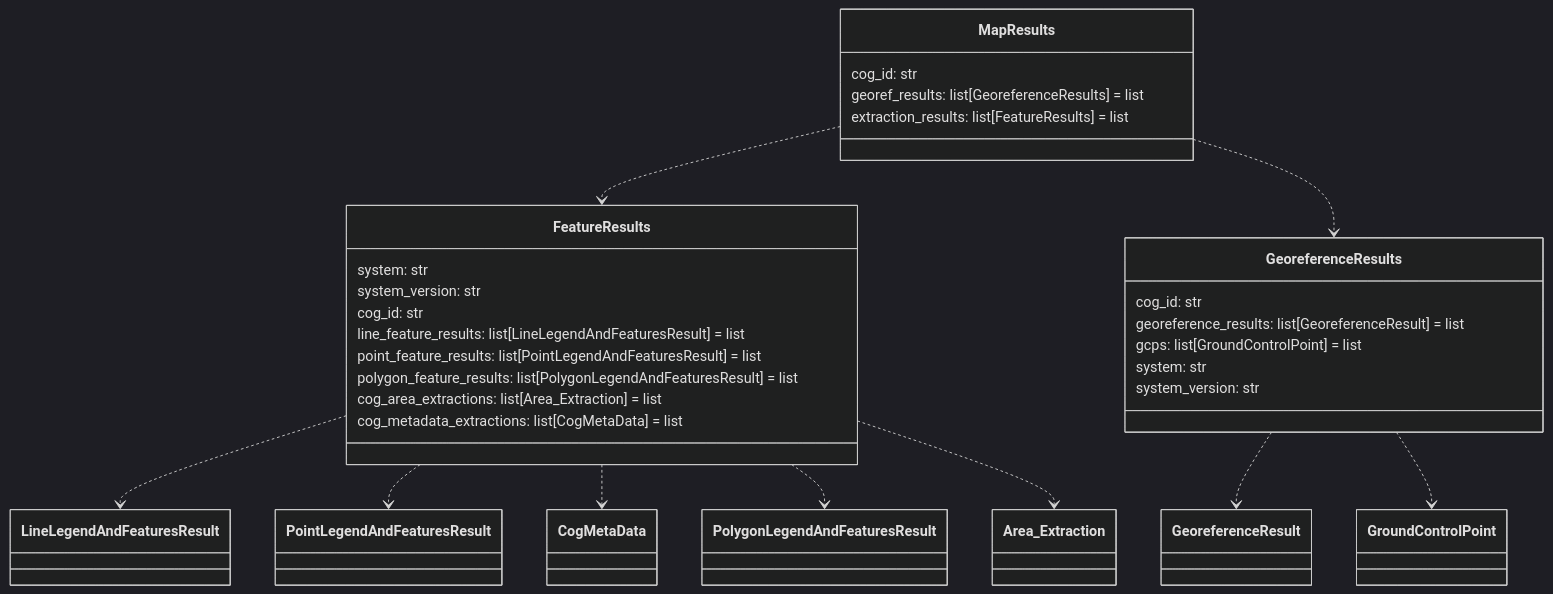
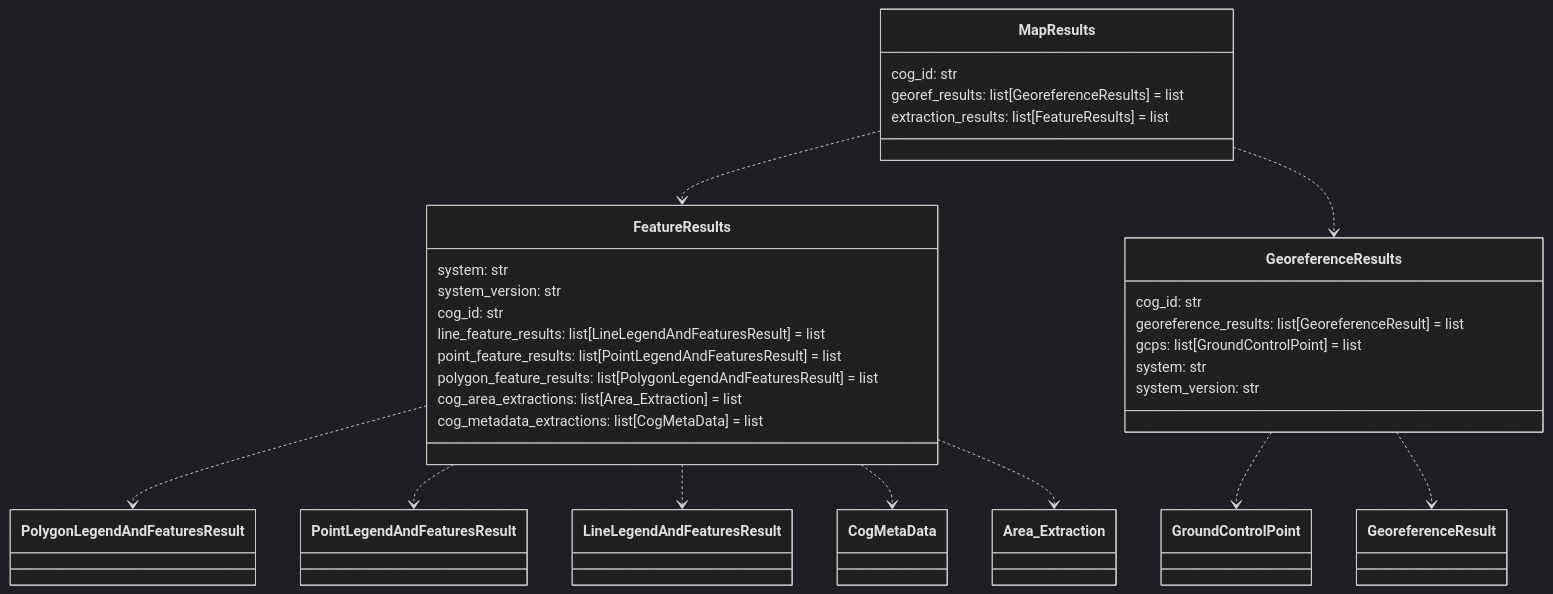
Diagram 11 of 14 in README.md (DARPA-CRITICALMAAS/cdr_schemas), drawn with Mermaid (dark theme) before and after one commit. The commit also changed other lines of this file and 1 other file, not shown here.

````diff
--- a/README.md
+++ b/README.md
@@ -888,40 +895,40 @@
 ```mermaid
 classDiagram
 
     class FeatureResults {
         system: str
         system_version: str
         cog_id: str
         line_feature_results: list[LineLegendAndFeaturesResult] = list
         point_feature_results: list[PointLegendAndFeaturesResult] = list
         polygon_feature_results: list[PolygonLegendAndFeaturesResult] = list
         cog_area_extractions: list[Area_Extraction] = list
         cog_metadata_extractions: list[CogMetaData] = list
     }
 
+    class MapResults {
+        cog_id: str
+        georef_results: list[GeoreferenceResults] = list
+        extraction_results: list[FeatureResults] = list
+    }
+
     class GeoreferenceResults {
         cog_id: str
         georeference_results: list[GeoreferenceResult] = list
         gcps: list[GroundControlPoint] = list
         system: str
         system_version: str
     }
 
-    class MapResults {
-        cog_id: str
-        georef_results: list[GeoreferenceResults] = list
-        extraction_results: list[FeatureResults] = list
-    }
-
+    FeatureResults ..> PolygonLegendAndFeaturesResult
+    FeatureResults ..> PointLegendAndFeaturesResult
     FeatureResults ..> LineLegendAndFeaturesResult
-    FeatureResults ..> PointLegendAndFeaturesResult
     FeatureResults ..> CogMetaData
-    FeatureResults ..> PolygonLegendAndFeaturesResult
     FeatureResults ..> Area_Extraction
+    GeoreferenceResults ..> GroundControlPoint
     GeoreferenceResults ..> GeoreferenceResult
-    GeoreferenceResults ..> GroundControlPoint
     MapResults ..> FeatureResults
     MapResults ..> GeoreferenceResults
 
 
 ```
````
